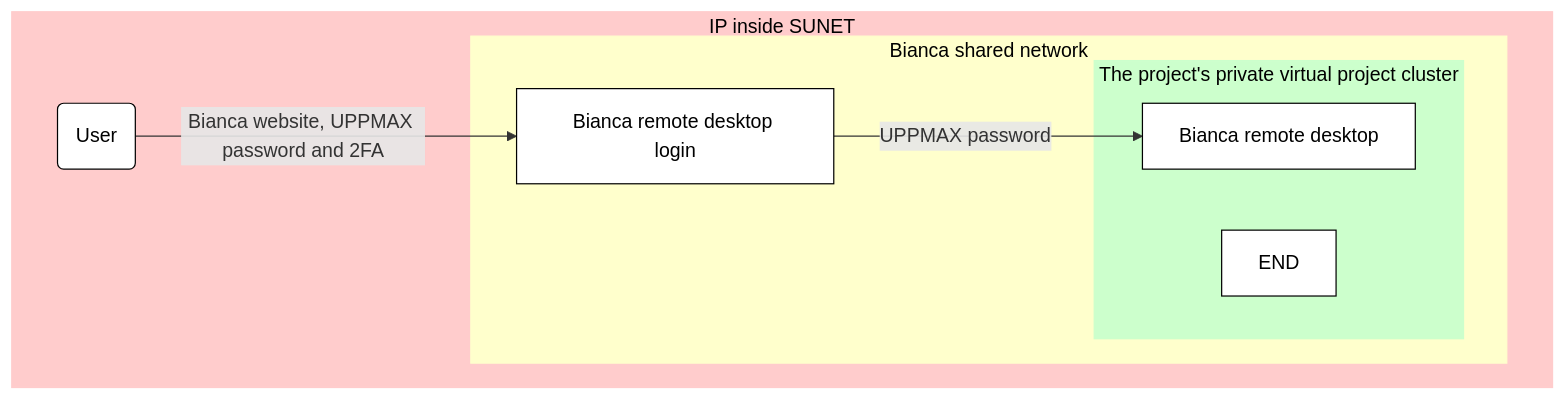
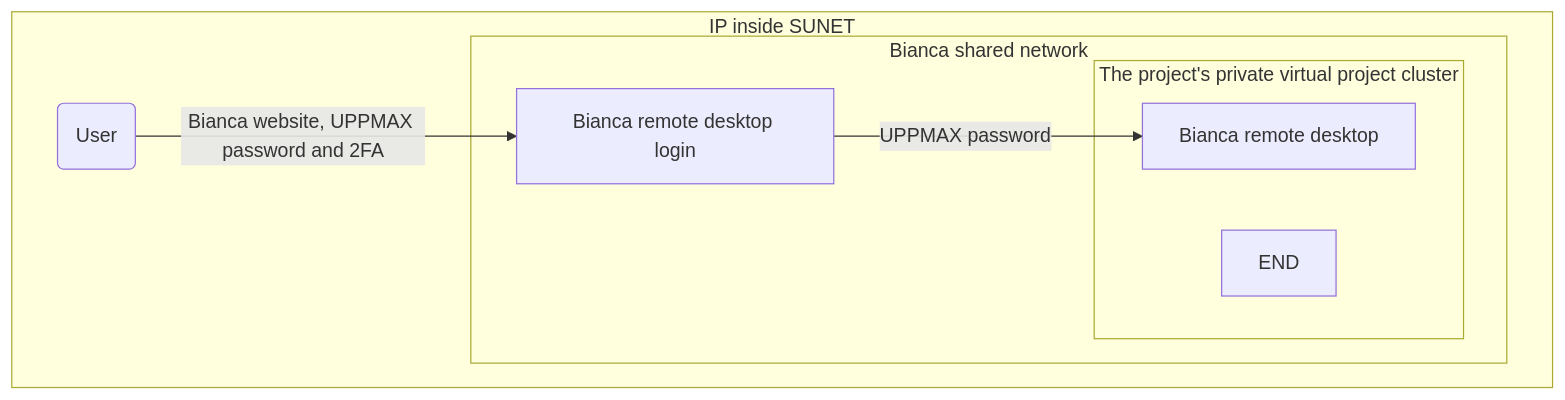
One commit to UPPMAX/UPPMAX-documentation changed the diagram in docs/getting_started/login_bianca_remote_desktop_website.md. Above: the diagram before and after it, drawn with Mermaid.

Commit message:
Use default color scheme

````diff
--- a/docs/getting_started/login_bianca_remote_desktop_website.md
+++ b/docs/getting_started/login_bianca_remote_desktop_website.md
@@ -178,32 +178,23 @@
 ```mermaid
 flowchart TD
-
-    %% Give a white background, instead of a transparent one
-    classDef node fill:#fff,color:#000,stroke:#000
 
     subgraph sub_inside[IP inside SUNET]
 
       user(User)
 
       subgraph sub_bianca_shared_env[Bianca shared network]
         bianca_shared_remote_desktop[Bianca remote desktop login]
         subgraph sub_bianca_private_env[The project's private virtual project cluster]
           bianca_private_remote_desktop[Bianca remote desktop]
 
           %% Ensure the innermost square gets big enough
           END:::hidden
         end
       end
     end
 
-    %% Shared subgraph color scheme
-    %% style sub_outside fill:#ccc,color:#000,stroke:#ccc
-    style sub_inside fill:#fcc,color:#000,stroke:#fcc
-    style sub_bianca_shared_env fill:#ffc,color:#000,stroke:#ffc
-    style sub_bianca_private_env fill:#cfc,color:#000,stroke:#cfc
-
     %% Inside SUNET
     user-->|Bianca website, UPPMAX password and 2FA|bianca_shared_remote_desktop
 
     bianca_shared_remote_desktop --> |UPPMAX password| bianca_private_remote_desktop
 ```
````
